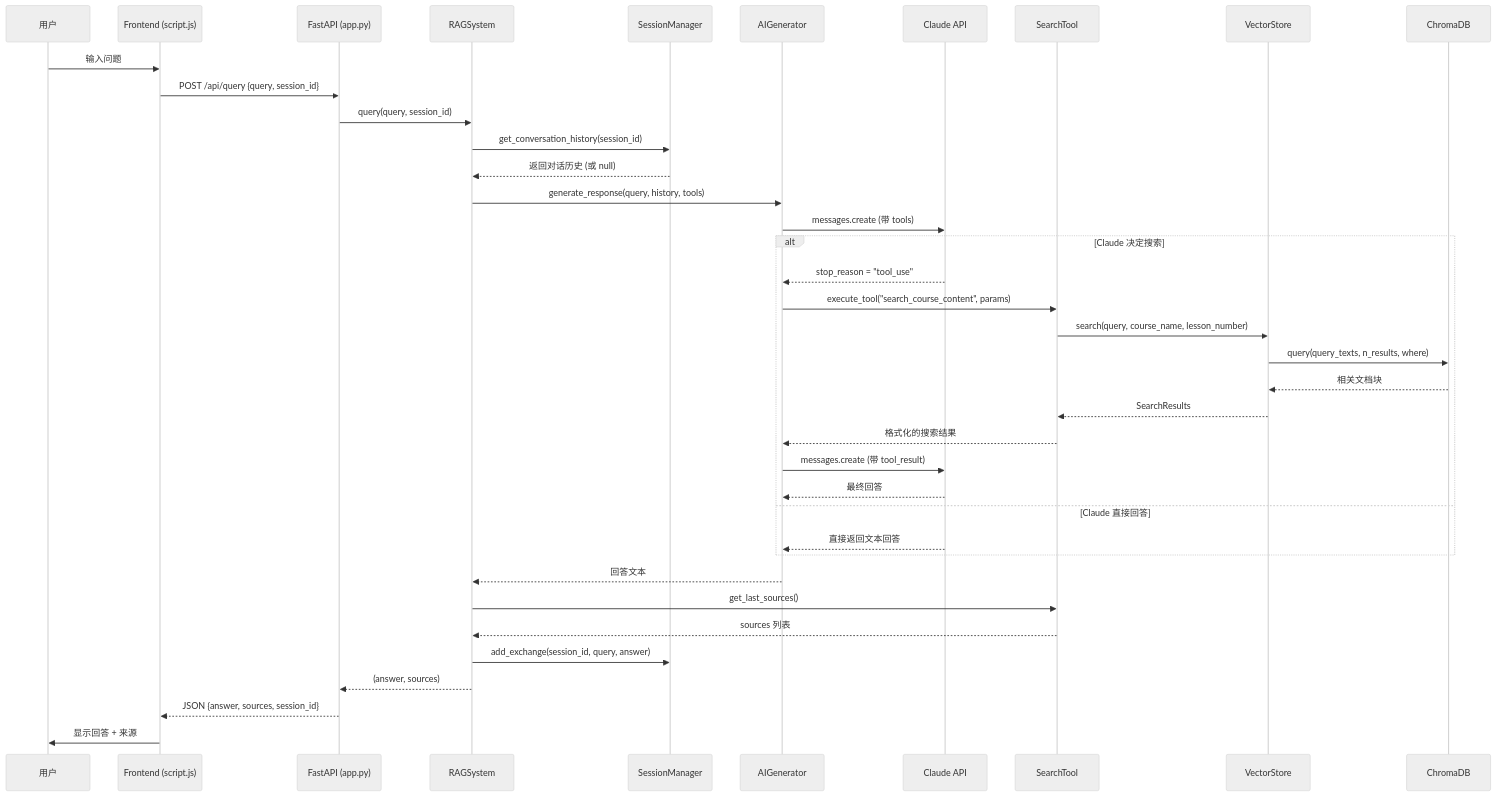
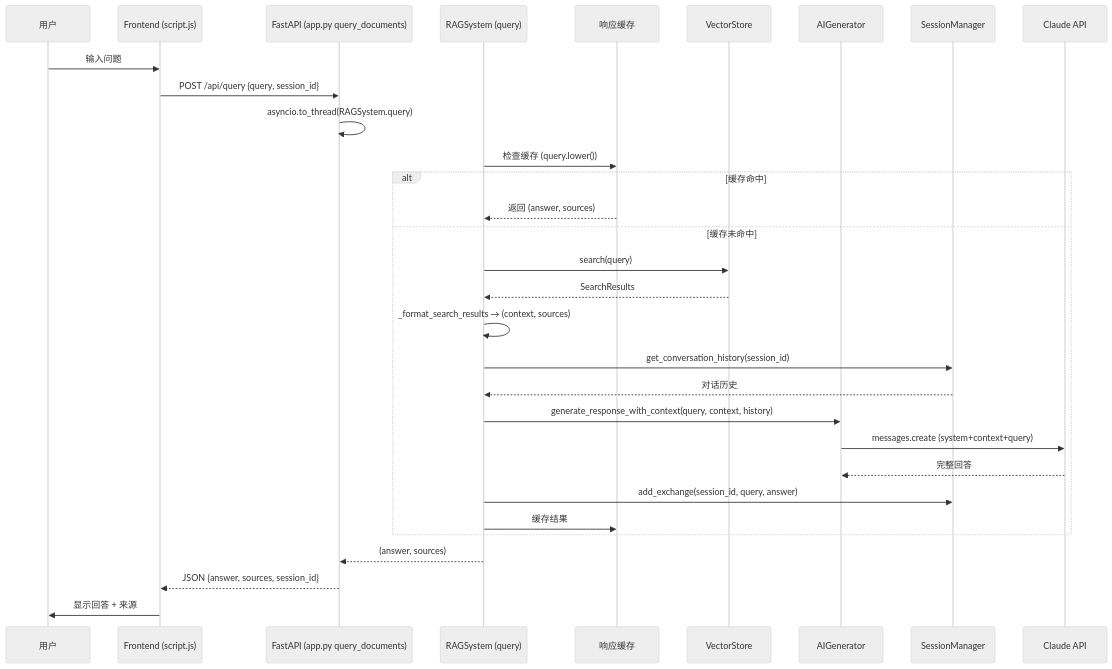
One commit to core516/ragchatbot changed the fourth of 6 diagrams in docs/flow-diagram.md. Above: the diagram before and after it, drawn with Mermaid (neutral theme). The commit also changed other lines of this file, not shown here.

First line of the commit message:
Update flow-diagram.md to reflect new streaming SSE architecture

````diff
--- a/docs/flow-diagram.md
+++ b/docs/flow-diagram.md
@@ -51,46 +98,38 @@
 ```mermaid
 sequenceDiagram
     participant U as 用户
     participant F as Frontend (script.js)
-    participant API as FastAPI (app.py)
-    participant RAG as RAGSystem
+    participant API as FastAPI (app.py query_documents)
+    participant RS as RAGSystem (query)
+    participant Cache as 响应缓存
+    participant VS as VectorStore
+    participant AI as AIGenerator
     participant SM as SessionManager
-    participant AI as AIGenerator
     participant Claude as Claude API
-    participant Tool as SearchTool
-    participant VS as VectorStore
-    participant DB as ChromaDB
 
     U->>F: 输入问题
     F->>API: POST /api/query {query, session_id}
-    API->>RAG: query(query, session_id)
-    
-    RAG->>SM: get_conversation_history(session_id)
-    SM-->>RAG: 返回对话历史 (或 null)
-    
-    RAG->>AI: generate_response(query, history, tools)
-    AI->>Claude: messages.create (带 tools)
-    
-    alt Claude 决定搜索
-        Claude-->>AI: stop_reason = "tool_use"
-        AI->>Tool: execute_tool("search_course_content", params)
-        Tool->>VS: search(query, course_name, lesson_number)
-        VS->>DB: query(query_texts, n_results, where)
-        DB-->>VS: 相关文档块
-        VS-->>Tool: SearchResults
-        Tool-->>AI: 格式化的搜索结果
-        AI->>Claude: messages.create (带 tool_result)
-        Claude-->>AI: 最终回答
-    else Claude 直接回答
-        Claude-->>AI: 直接返回文本回答
+    API->>API: asyncio.to_thread(RAGSystem.query)
+
+    RS->>Cache: 检查缓存 (query.lower())
+    alt 缓存命中
+        Cache-->>RS: 返回 (answer, sources)
+    else 缓存未命中
+        RS->>VS: search(query)
+        VS-->>RS: SearchResults
+        RS->>RS: _format_search_results → (context, sources)
+        RS->>SM: get_conversation_history(session_id)
+        SM-->>RS: 对话历史
+
+        RS->>AI: generate_response_with_context(query, context, history)
+        AI->>Claude: messages.create (system+context+query)
+        Claude-->>AI: 完整回答
+
+        RS->>SM: add_exchange(session_id, query, answer)
+        RS->>Cache: 缓存结果
     end
-    
-    AI-->>RAG: 回答文本
-    RAG->>Tool: get_last_sources()
-    Tool-->>RAG: sources 列表
-    RAG->>SM: add_exchange(session_id, query, answer)
-    
-    RAG-->>API: (answer, sources)
+
+    RS-->>API: (answer, sources)
     API-->>F: JSON {answer, sources, session_id}
     F->>U: 显示回答 + 来源
 ```
````
